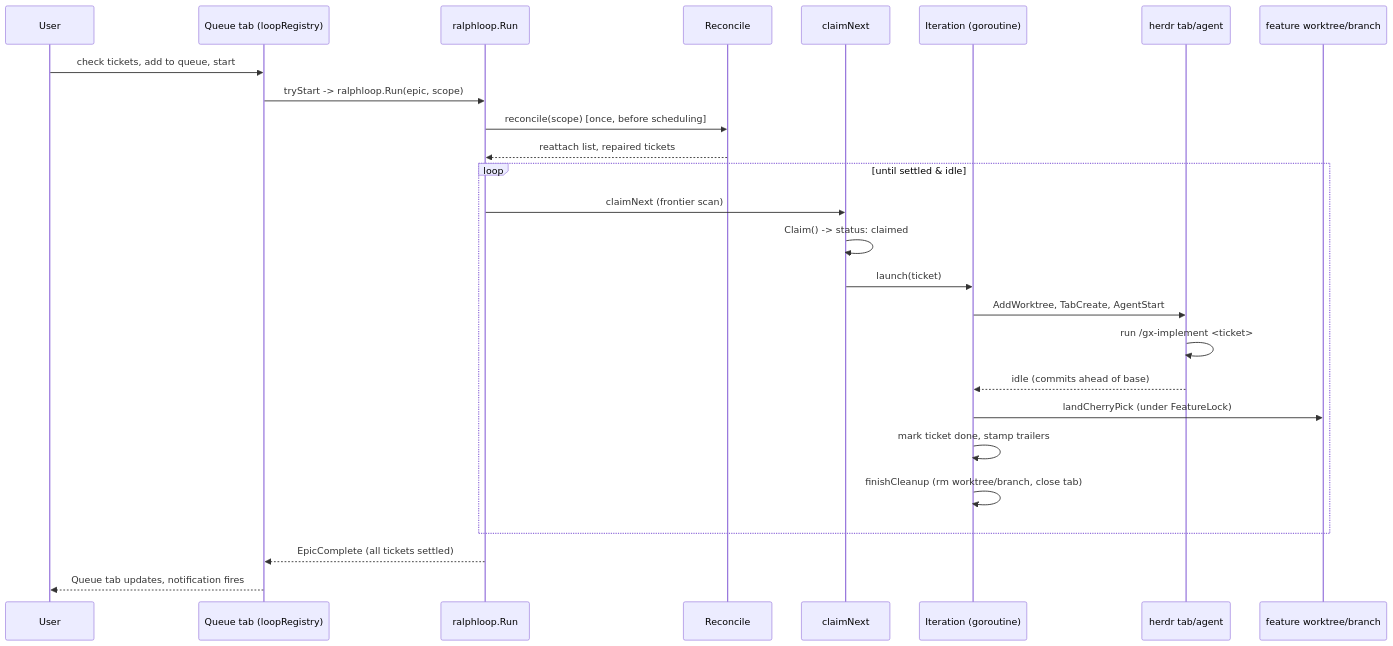
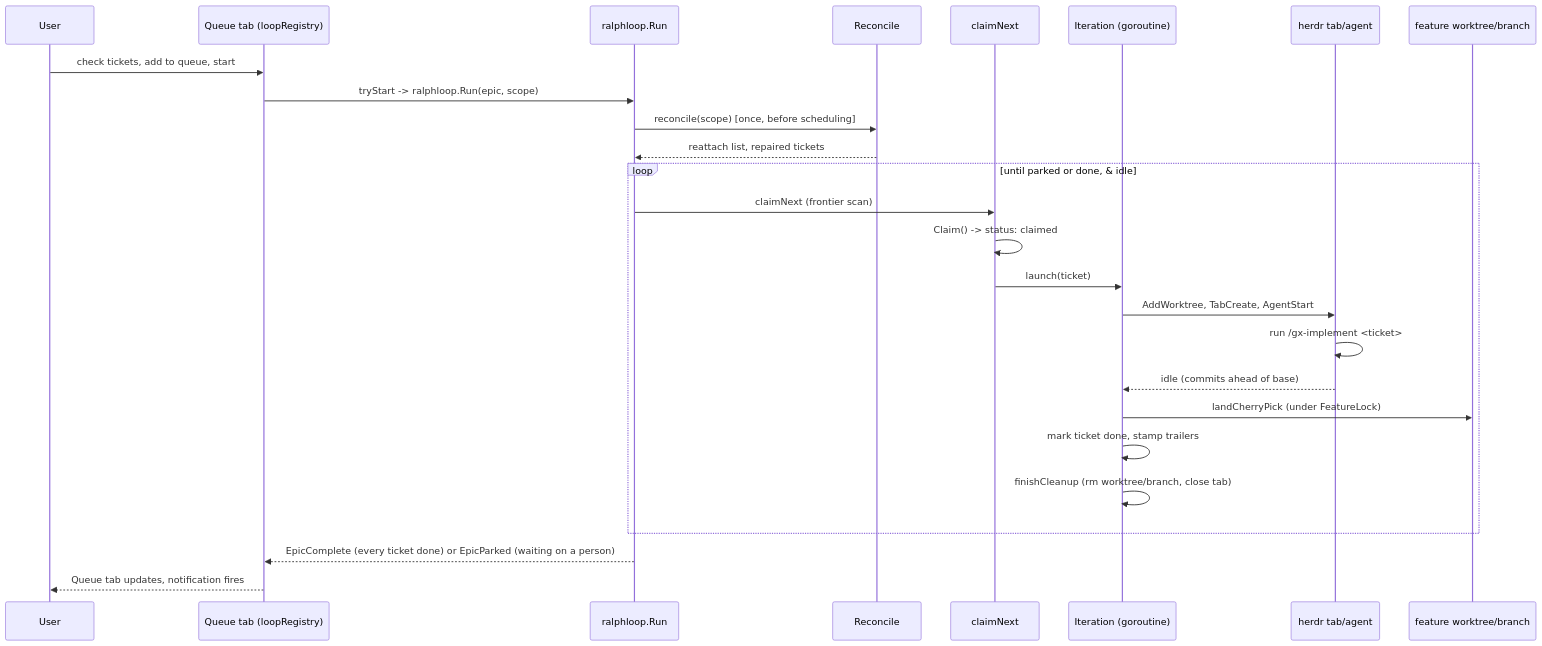
The first of 7 diagrams in docs/ralph-loop-queue-orchestrator.md (elentok/gx), drawn with Mermaid before and after one commit. The commit also changed other lines of this file and 2 other files, not shown here.

````diff
--- a/docs/ralph-loop-queue-orchestrator.md
+++ b/docs/ralph-loop-queue-orchestrator.md
@@ -40,29 +40,29 @@
 ```mermaid
 sequenceDiagram
     participant User
     participant Queue as Queue tab (loopRegistry)
     participant Run as ralphloop.Run
     participant Reconcile
     participant Scheduler as claimNext
     participant Iter as Iteration (goroutine)
     participant Herdr as herdr tab/agent
     participant Feature as feature worktree/branch
 
     User->>Queue: check tickets, add to queue, start
     Queue->>Run: tryStart -> ralphloop.Run(epic, scope)
     Run->>Reconcile: reconcile(scope) [once, before scheduling]
     Reconcile-->>Run: reattach list, repaired tickets
-    loop until settled & idle
+    loop until parked or done, & idle
         Run->>Scheduler: claimNext (frontier scan)
         Scheduler->>Scheduler: Claim() -> status: claimed
         Scheduler->>Iter: launch(ticket)
         Iter->>Herdr: AddWorktree, TabCreate, AgentStart
         Herdr->>Herdr: run /gx-implement <ticket>
         Herdr-->>Iter: idle (commits ahead of base)
         Iter->>Feature: landCherryPick (under FeatureLock)
         Iter->>Iter: mark ticket done, stamp trailers
         Iter->>Iter: finishCleanup (rm worktree/branch, close tab)
     end
-    Run-->>Queue: EpicComplete (all tickets settled)
+    Run-->>Queue: EpicComplete (every ticket done) or EpicParked (waiting on a person)
     Queue-->>User: Queue tab updates, notification fires
 ```
````
